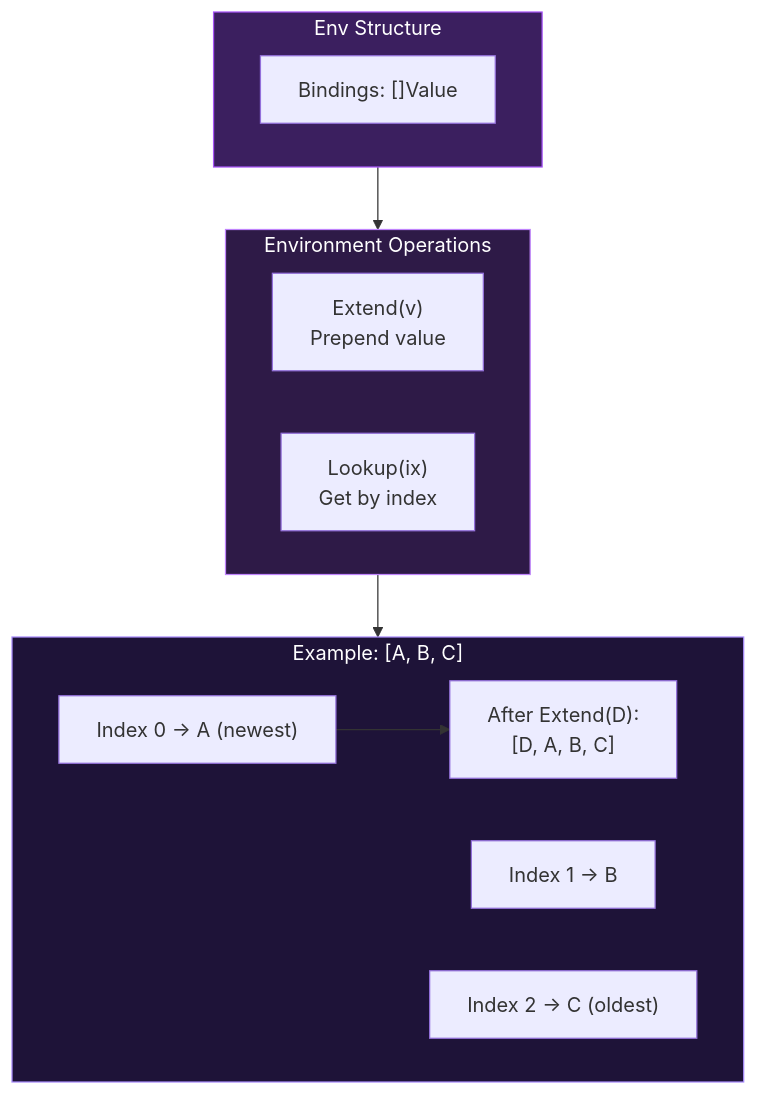
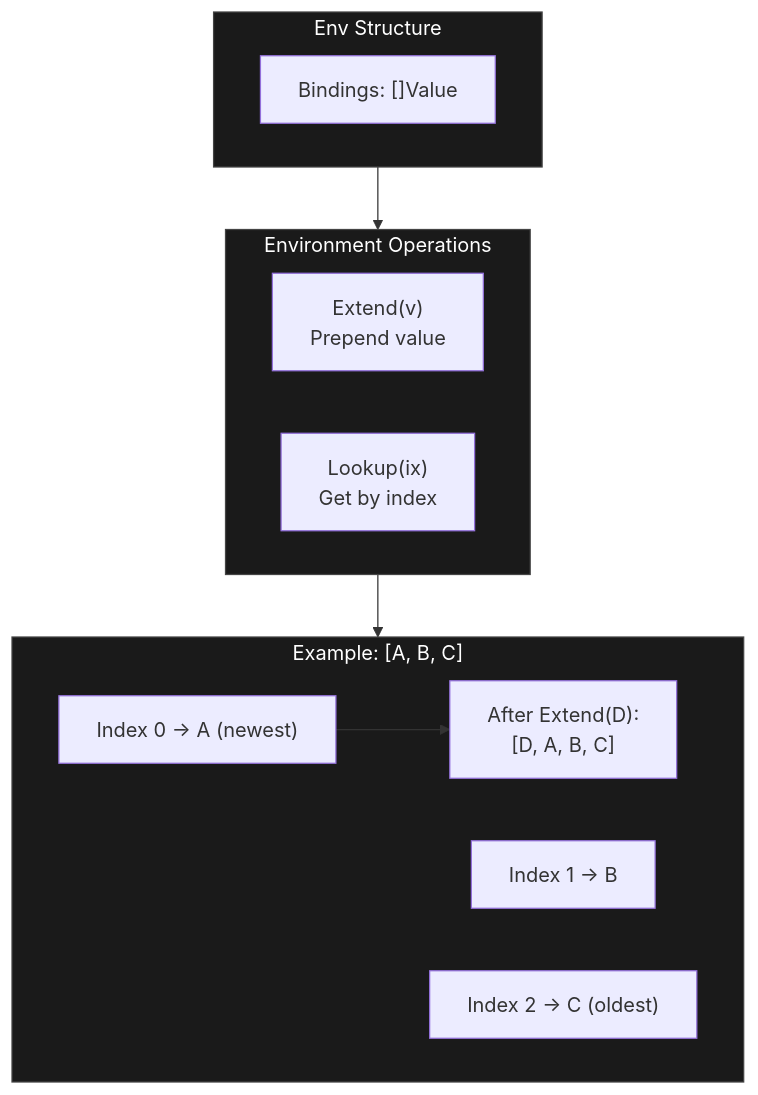
One commit to watchthelight/HypergraphGo changed diagram 20 of 23 in DIAGRAMS.md. Above: the diagram before and after it, drawn with Mermaid. The commit also changed other lines of this file, not shown here.

First line of the commit message:
docs(diagrams): use uniform dark color scheme

````diff
--- a/DIAGRAMS.md
+++ b/DIAGRAMS.md
@@ -1257,29 +1257,29 @@
 ```mermaid
 flowchart TB
     subgraph Env["Env Structure"]
         Bindings["Bindings: []Value"]
     end
 
     subgraph EnvOps["Environment Operations"]
         direction LR
         Extend["Extend(v)<br/>Prepend value"]
         Lookup["Lookup(ix)<br/>Get by index"]
     end
 
     subgraph Example["Example: [A, B, C]"]
         E0["Index 0 → A (newest)"]
         E1["Index 1 → B"]
         E2["Index 2 → C (oldest)"]
 
         After["After Extend(D):<br/>[D, A, B, C]"]
 
         E0 --> After
     end
 
     Env --> EnvOps
     EnvOps --> Example
 
-    style Env fill:#3b1f5f,stroke:#a855f7,color:#fff
-    style EnvOps fill:#2e1a47,stroke:#c084fc,color:#fff
-    style Example fill:#1e1338,stroke:#a78bfa,color:#fff
+    style Env fill:#1a1a1a,stroke:#444,color:#fff
+    style EnvOps fill:#1a1a1a,stroke:#444,color:#fff
+    style Example fill:#1a1a1a,stroke:#444,color:#fff
 ```
````
